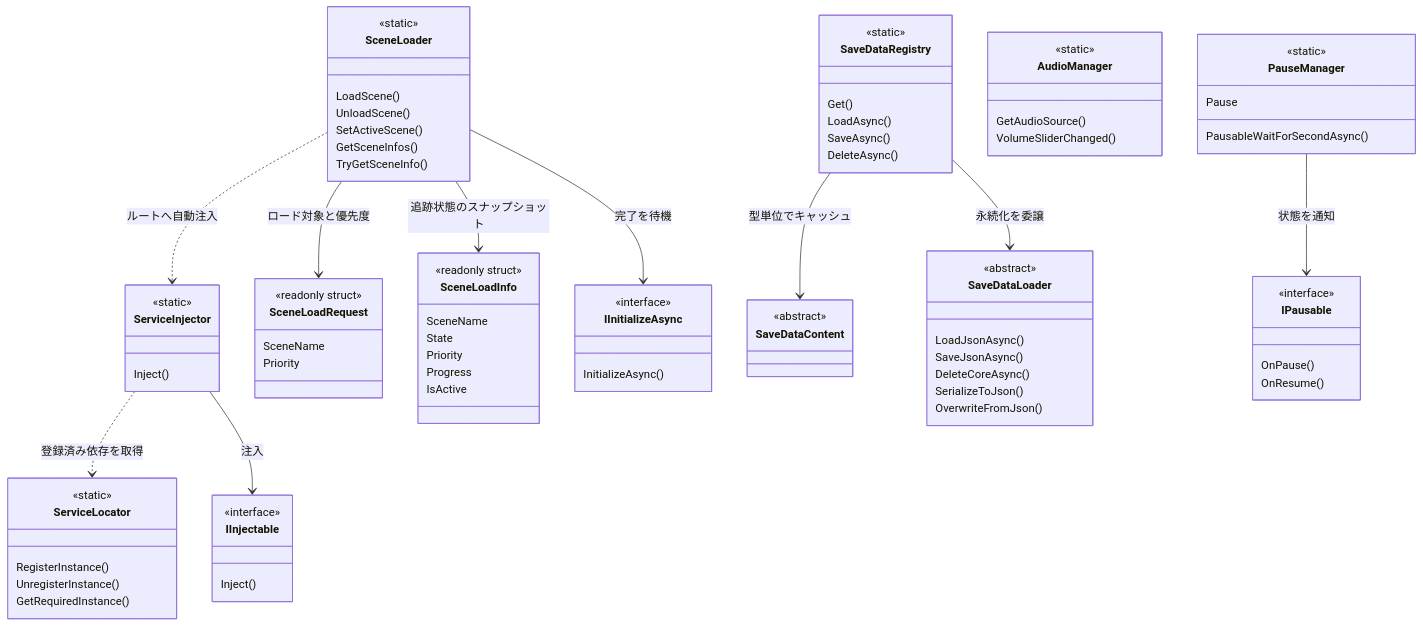
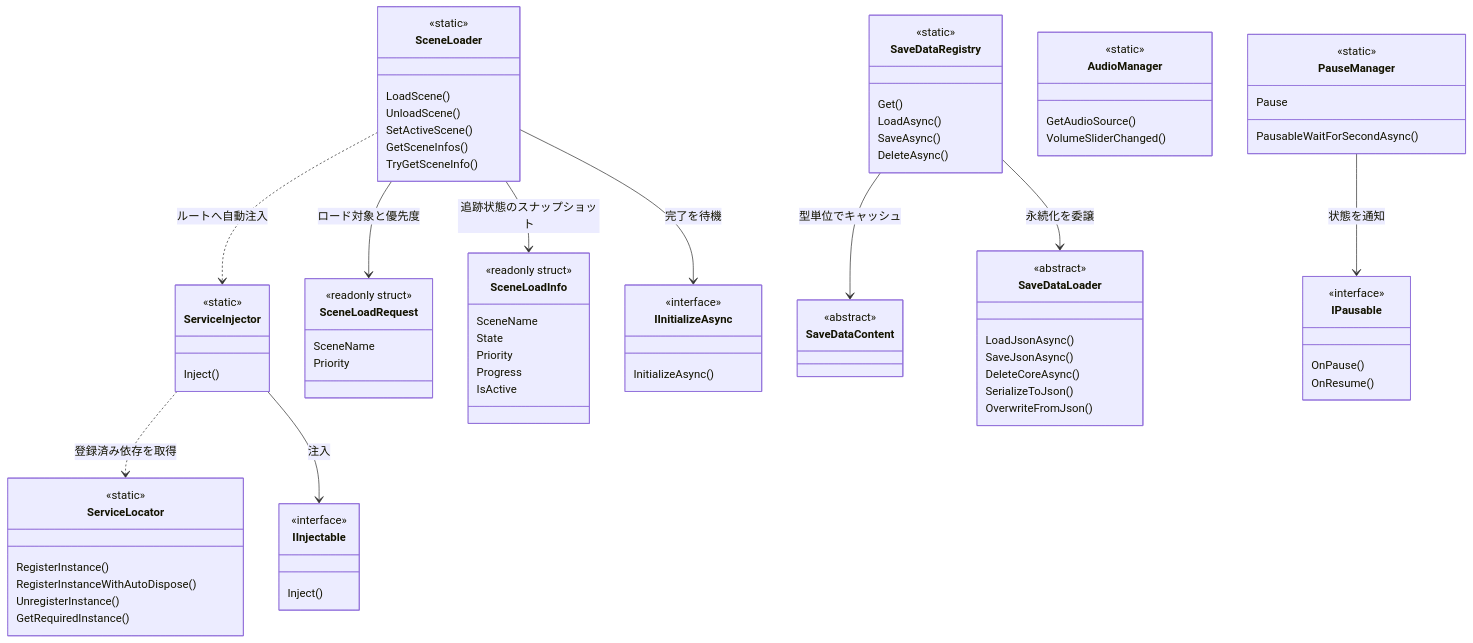
One commit to HIBIKI5201/SymphonyFramework changed the third of 6 diagrams in Documentation~/Architecture.md. Above: the diagram before and after it, drawn with Mermaid. The commit also changed other lines of this file and 31 other files, not shown here.

```diff
--- a/Documentation~/Architecture.md
+++ b/Documentation~/Architecture.md
@@ -76,6 +76,7 @@
     class ServiceLocator {
         <<static>>
         RegisterInstance()
+        RegisterInstanceWithAutoDispose()
         UnregisterInstance()
         GetRequiredInstance()
     }
```
